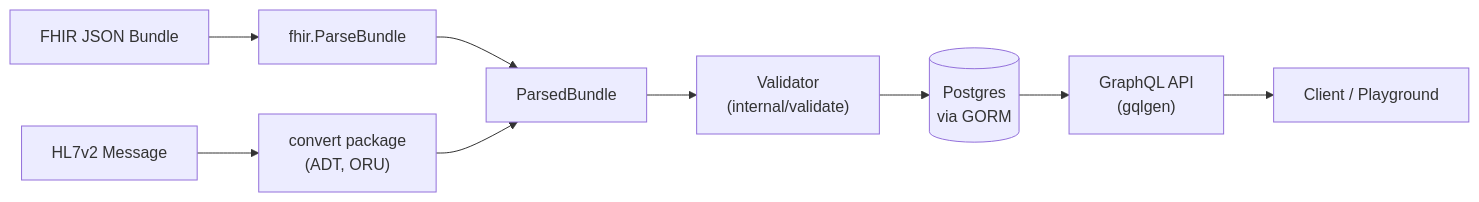
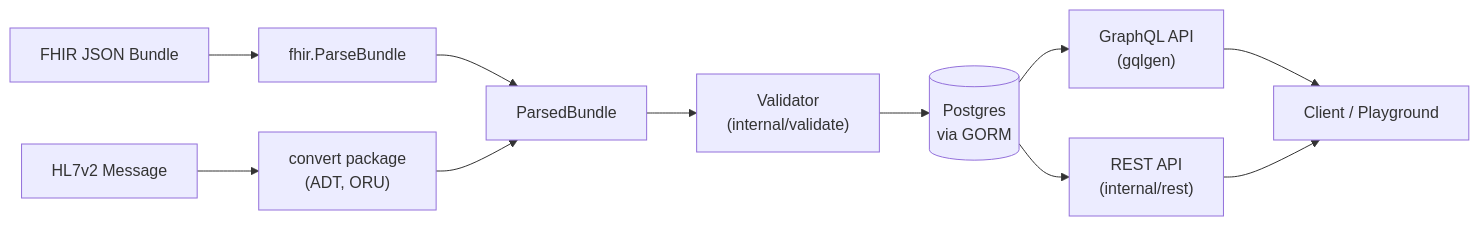
Before and after one commit to mfmadarang/fhir-interop: the diagram in README.md, drawn with Mermaid. The commit also changed other lines of this file, not shown here.

````diff
--- a/README.md
+++ b/README.md
@@ -20,11 +35,13 @@
 ```mermaid
 flowchart LR
     A[FHIR JSON Bundle] --> P["fhir.ParseBundle"]
     G[HL7v2 Message] --> H["convert package<br/>(ADT, ORU)"]
     P --> C[ParsedBundle]
     H --> C
     C --> V["Validator<br/>(internal/validate)"]
-    V --> D[("Postgres<br/> via GORM")]
-    D --> E["GraphQL API<br/> (gqlgen)"]
+    V --> D[("Postgres<br/>via GORM")]
+    D --> E["GraphQL API<br/>(gqlgen)"]
+    D --> R["REST API<br/>(internal/rest)"]
     E --> F[Client / Playground]
+    R --> F
 ```
````
